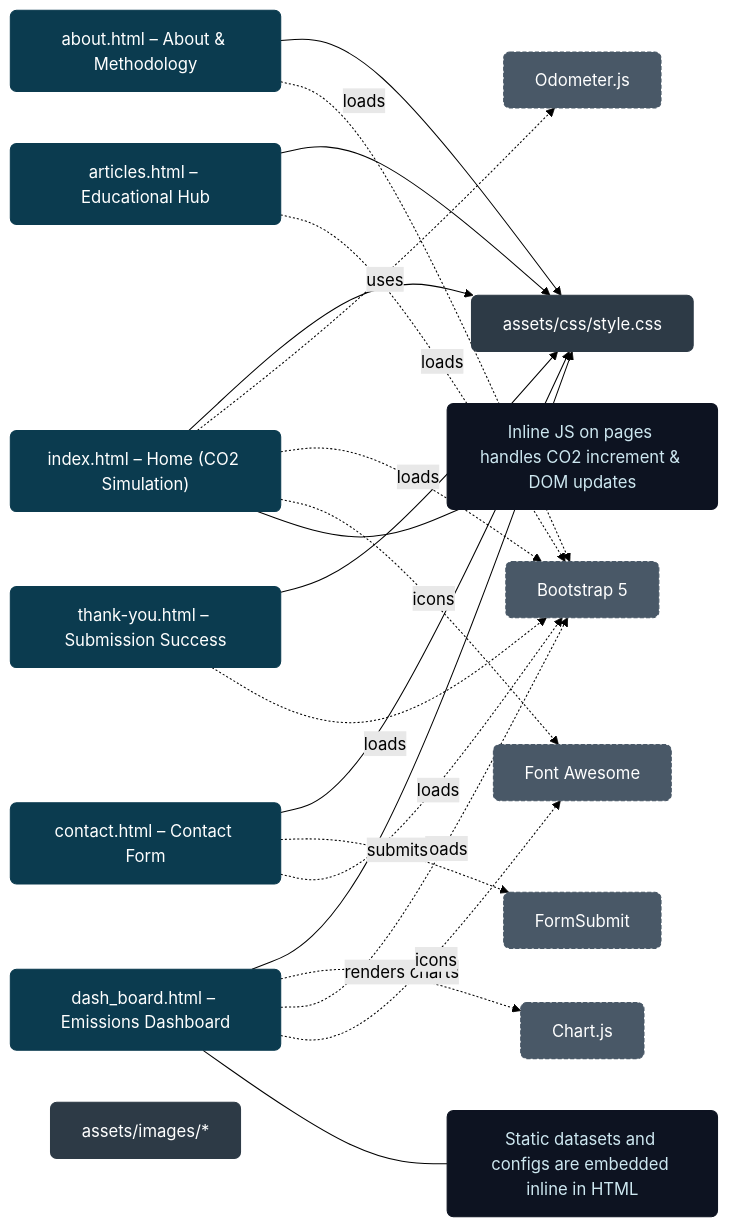
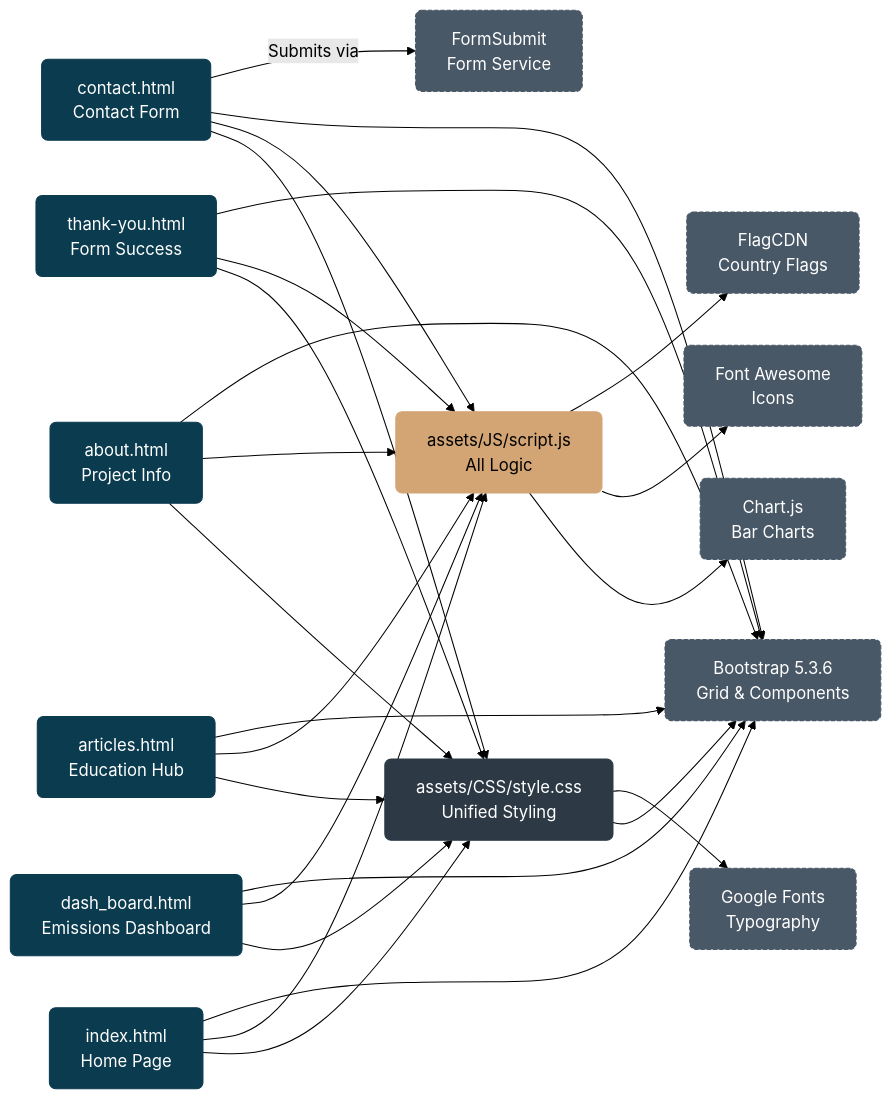
Before and after one commit to boneyphilip/duplicate-co2clock: the second of 2 diagrams in README.md, drawn with Mermaid (forest theme). The commit also changed other lines of this file, not shown here.

````diff
--- a/README.md
+++ b/README.md
@@ -178,55 +672,60 @@
 ```mermaid
 flowchart LR
     %% Pages (UI)
-    A["index.html – Home (CO2 Simulation)"]:::page
-    B["dash_board.html – Emissions Dashboard"]:::page
-    C["about.html – About & Methodology"]:::page
-    D["articles.html – Educational Hub"]:::page
-    E["contact.html – Contact Form"]:::page
-    F["thank-you.html – Submission Success"]:::page
+    A["index.html<br/>Home Page"]:::page
+    B["dash_board.html<br/>Emissions Dashboard"]:::page
+    C["articles.html<br/>Education Hub"]:::page
+    D["about.html<br/>Project Info"]:::page
+    E["contact.html<br/>Contact Form"]:::page
+    F["thank-you.html<br/>Form Success"]:::page
 
-    %% Assets
-    S["assets/css/style.css"]:::asset
-    I["assets/images/*"]:::asset
+    %% CSS
+    S["assets/CSS/style.css<br/>Unified Styling"]:::asset
 
-    %% External (via CDN)
-    BOOT["Bootstrap 5"]:::ext
-    FA["Font Awesome"]:::ext
-    CHART["Chart.js"]:::ext
-    ODO["Odometer.js"]:::ext
-    FS["FormSubmit"]:::ext
+    %% JavaScript
+    JS["assets/JS/script.js<br/>All Logic"]:::js
+
+    %% External Libraries (CDN)
+    BOOT["Bootstrap 5.3.6<br/>Grid & Components"]:::ext
+    FA["Font Awesome<br/>Icons"]:::ext
+    CHART["Chart.js<br/>Bar Charts"]:::ext
+    FONTS["Google Fonts<br/>Typography"]:::ext
+    FLAGCDN["FlagCDN<br/>Country Flags"]:::ext
 
     %% Relationships
     A --> S
     B --> S
     C --> S
     D --> S
     E --> S
     F --> S
 
-    A -. uses .-> ODO
-    A -. loads .-> BOOT
-    A -. icons .-> FA
+    A --> JS
+    B --> JS
+    C --> JS
+    D --> JS
+    E --> JS
+    F --> JS
 
-    B -. renders charts .-> CHART
-    B -. loads .-> BOOT
-    B -. icons .-> FA
+    S --> BOOT
+    S --> FONTS
 
-    C -. loads .-> BOOT
-    D -. loads .-> BOOT
-    E -. submits .-> FS
-    E -. loads .-> BOOT
-    F -. loads .-> BOOT
+    JS --> CHART
+    JS --> FA
+    JS --> FLAGCDN
 
-    %% Notes
-    noteA["Inline JS on pages handles CO2 increment & DOM updates"]:::note
-    noteB["Static datasets and configs are embedded inline in HTML"]:::note
+    A --> BOOT
+    B --> BOOT
+    C --> BOOT
+    D --> BOOT
+    E --> BOOT
+    F --> BOOT
 
-    A --- noteA
-    B --- noteB
+    E --> |Submits via| FORMSUBMIT["FormSubmit<br/>Form Service"]:::ext
 
     classDef page fill:#0b3b4f,stroke:#0b3b4f,color:#fff,rx:6,ry:6
     classDef asset fill:#2d3a46,stroke:#2d3a46,color:#fff,rx:6,ry:6
+    classDef js fill:#d4a574,stroke:#d4a574,color:#000,rx:6,ry:6
     classDef ext fill:#495867,stroke:#495867,color:#fff,rx:6,ry:6,stroke-dasharray:4 2
-    classDef note fill:#0d1321,stroke:#0d1321,color:#cde7f0,rx:6,ry:6
+    classDef formsubmit fill:#6bcb77,stroke:#6bcb77,color:#fff,rx:6,ry:6
 ```
````
